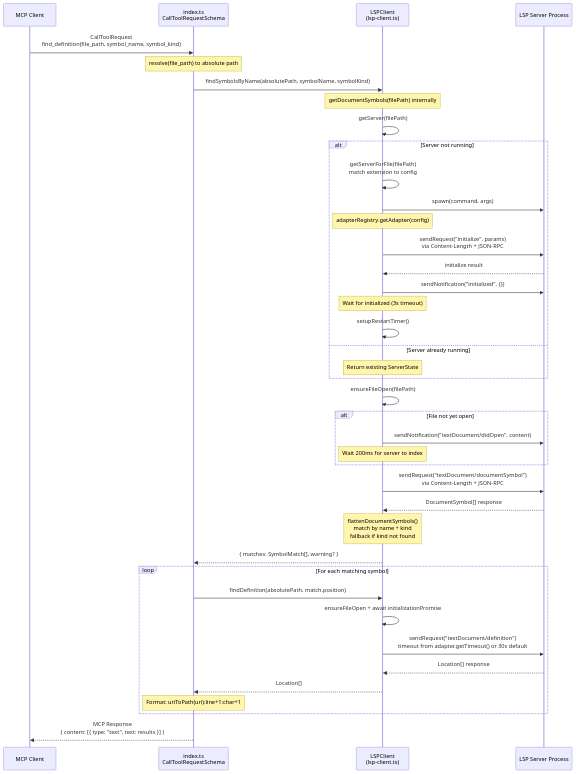
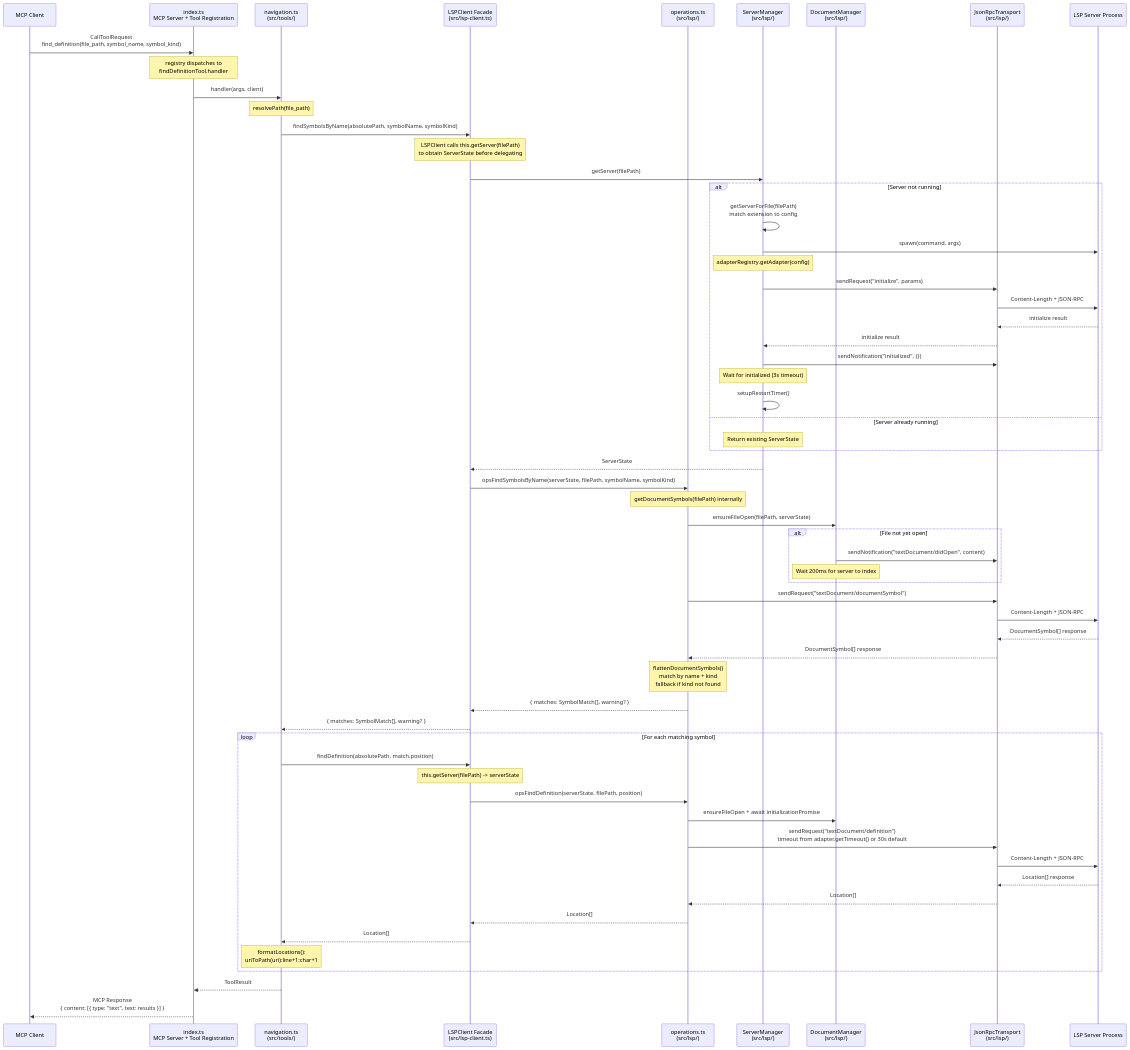
One commit to ktnyt/cclsp changed the diagram in docs/sequence-find-definition.mmd. Above: the diagram before and after it, drawn with Mermaid. The commit also changed 3 other files, not shown here.

First line of the commit message:
docs(P2-I): update architecture and sequence diagrams for post-refactor

```diff
--- a/docs/sequence-find-definition.mmd
+++ b/docs/sequence-find-definition.mmd
@@ -1,59 +1,85 @@
-%% Sequence Diagram: find_definition flow (CURRENT ARCHITECTURE)
+%% Sequence Diagram: find_definition flow (POST-REFACTOR)
 %%
 %% Shows the complete flow from MCP client request through symbol resolution
 %% to LSP server interaction and response formatting.
-%% All LSP logic lives in the single LSPClient class (lsp-client.ts).
+%% Tool handler (src/tools/navigation.ts) delegates to LSPClient facade,
+%% which delegates to operations.ts and ServerManager.
 
 sequenceDiagram
     participant MC as MCP Client
-    participant IT as index.ts<br/>CallToolRequestSchema
-    participant LC as LSPClient<br/>(lsp-client.ts)
+    participant IT as index.ts<br/>MCP Server + Tool Registration
+    participant TH as navigation.ts<br/>(src/tools/)
+    participant LC as LSPClient Facade<br/>(src/lsp-client.ts)
+    participant OP as operations.ts<br/>(src/lsp/)
+    participant SM as ServerManager<br/>(src/lsp/)
+    participant DM as DocumentManager<br/>(src/lsp/)
+    participant TR as JsonRpcTransport<br/>(src/lsp/)
     participant LS as LSP Server Process
 
     MC->>IT: CallToolRequest<br/>find_definition(file_path, symbol_name, symbol_kind)
 
-    Note over IT: resolve(file_path) to absolute path
+    Note over IT: registry dispatches to<br/>findDefinitionTool.handler
 
-    IT->>LC: findSymbolsByName(absolutePath, symbolName, symbolKind)
+    IT->>TH: handler(args, client)
+    Note over TH: resolvePath(file_path)
 
-    Note over LC: getDocumentSymbols(filePath) internally
+    TH->>LC: findSymbolsByName(absolutePath, symbolName, symbolKind)
 
-    LC->>LC: getServer(filePath)
+    Note over LC: LSPClient calls this.getServer(filePath)<br/>to obtain ServerState before delegating
+
+    LC->>SM: getServer(filePath)
 
     alt Server not running
-        LC->>LC: getServerForFile(filePath)<br/>match extension to config
-        LC->>LS: spawn(command, args)
-        Note over LC: adapterRegistry.getAdapter(config)
-        LC->>LS: sendRequest("initialize", params)<br/>via Content-Length + JSON-RPC
-        LS-->>LC: initialize result
-        LC->>LS: sendNotification("initialized", {})
-        Note over LC: Wait for initialized (3s timeout)
-        LC->>LC: setupRestartTimer()
+        SM->>SM: getServerForFile(filePath)<br/>match extension to config
+        SM->>LS: spawn(command, args)
+        Note over SM: adapterRegistry.getAdapter(config)
+        SM->>TR: sendRequest("initialize", params)
+        TR->>LS: Content-Length + JSON-RPC
+        LS-->>TR: initialize result
+        TR-->>SM: initialize result
+        SM->>TR: sendNotification("initialized", {})
+        Note over SM: Wait for initialized (3s timeout)
+        SM->>SM: setupRestartTimer()
     else Server already running
-        Note over LC: Return existing ServerState
+        Note over SM: Return existing ServerState
     end
 
-    LC->>LC: ensureFileOpen(filePath)
+    SM-->>LC: ServerState
+
+    LC->>OP: opsFindSymbolsByName(serverState, filePath, symbolName, symbolKind)
+
+    Note over OP: getDocumentSymbols(filePath) internally
+
+    OP->>DM: ensureFileOpen(filePath, serverState)
 
     alt File not yet open
-        LC->>LS: sendNotification("textDocument/didOpen", content)
-        Note over LC: Wait 200ms for server to index
+        DM->>TR: sendNotification("textDocument/didOpen", content)
+        Note over DM: Wait 200ms for server to index
     end
 
-    LC->>LS: sendRequest("textDocument/documentSymbol")<br/>via Content-Length + JSON-RPC
-    LS-->>LC: DocumentSymbol[] response
+    OP->>TR: sendRequest("textDocument/documentSymbol")
+    TR->>LS: Content-Length + JSON-RPC
+    LS-->>TR: DocumentSymbol[] response
+    TR-->>OP: DocumentSymbol[] response
 
-    Note over LC: flattenDocumentSymbols()<br/>match by name + kind<br/>fallback if kind not found
+    Note over OP: flattenDocumentSymbols()<br/>match by name + kind<br/>fallback if kind not found
 
-    LC-->>IT: { matches: SymbolMatch[], warning? }
+    OP-->>LC: { matches: SymbolMatch[], warning? }
+    LC-->>TH: { matches: SymbolMatch[], warning? }
 
     loop For each matching symbol
-        IT->>LC: findDefinition(absolutePath, match.position)
-        LC->>LC: ensureFileOpen + await initializationPromise
-        LC->>LS: sendRequest("textDocument/definition")<br/>timeout from adapter.getTimeout() or 30s default
-        LS-->>LC: Location[] response
-        LC-->>IT: Location[]
-        Note over IT: Format: uriToPath(uri):line+1:char+1
+        TH->>LC: findDefinition(absolutePath, match.position)
+        Note over LC: this.getServer(filePath) -> serverState
+        LC->>OP: opsFindDefinition(serverState, filePath, position)
+        OP->>DM: ensureFileOpen + await initializationPromise
+        OP->>TR: sendRequest("textDocument/definition")<br/>timeout from adapter.getTimeout() or 30s default
+        TR->>LS: Content-Length + JSON-RPC
+        LS-->>TR: Location[] response
+        TR-->>OP: Location[]
+        OP-->>LC: Location[]
+        LC-->>TH: Location[]
+        Note over TH: formatLocations():<br/>uriToPath(uri):line+1:char+1
     end
 
+    TH-->>IT: ToolResult
     IT-->>MC: MCP Response<br/>{ content: [{ type: "text", text: results }] }
```
